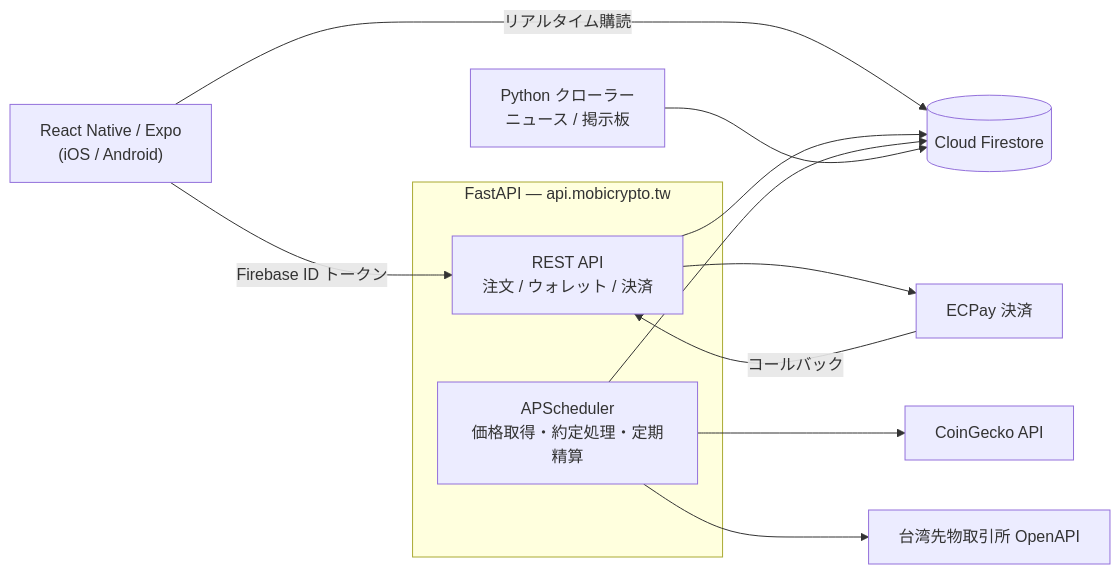
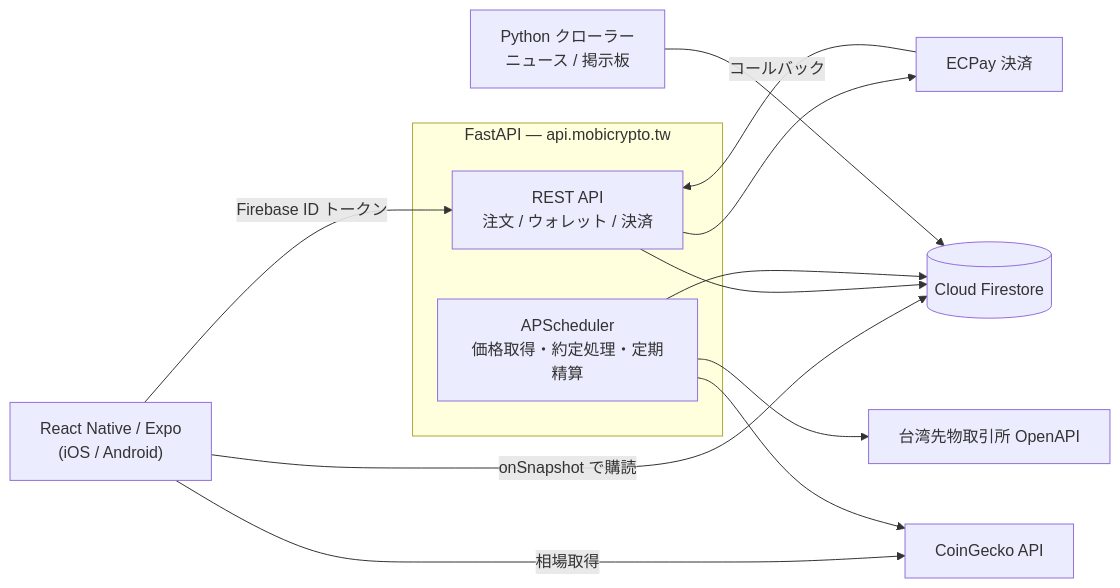
Before and after one commit to ray23883588/mobi-crypto-simulator: the diagram in README.md, drawn with Mermaid. The commit also changed other lines of this file and 2 other files, not shown here.

First line of the commit message:
Correct data-flow description in README

````diff
--- a/README.md
+++ b/README.md
@@ -57,25 +57,26 @@
 ```mermaid
 flowchart LR
     RN["React Native / Expo<br/>(iOS / Android)"]
 
     subgraph Backend["FastAPI — api.mobicrypto.tw"]
         API["REST API<br/>注文 / ウォレット / 決済"]
         SCH["APScheduler<br/>価格取得・約定処理・定期精算"]
     end
 
     FS[("Cloud Firestore")]
     CR["Python クローラー<br/>ニュース / 掲示板"]
     CG["CoinGecko API"]
     TX["台湾先物取引所 OpenAPI"]
     EC["ECPay 決済"]
 
     RN -->|"Firebase ID トークン"| API
-    RN -->|"リアルタイム購読"| FS
+    RN -->|"onSnapshot で購読"| FS
+    RN -->|"相場取得"| CG
     API --> FS
     SCH --> FS
     SCH --> CG
     SCH --> TX
     API --> EC
     EC -->|"コールバック"| API
     CR --> FS
 ```
````
